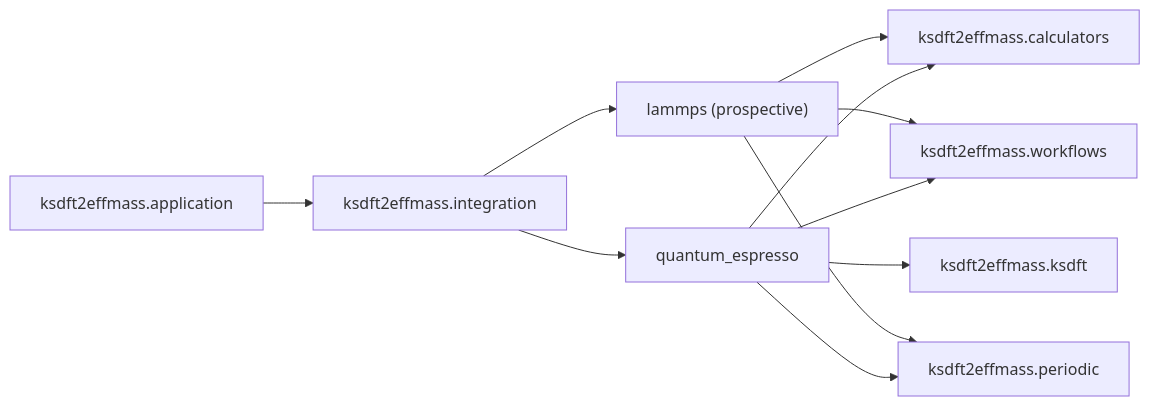
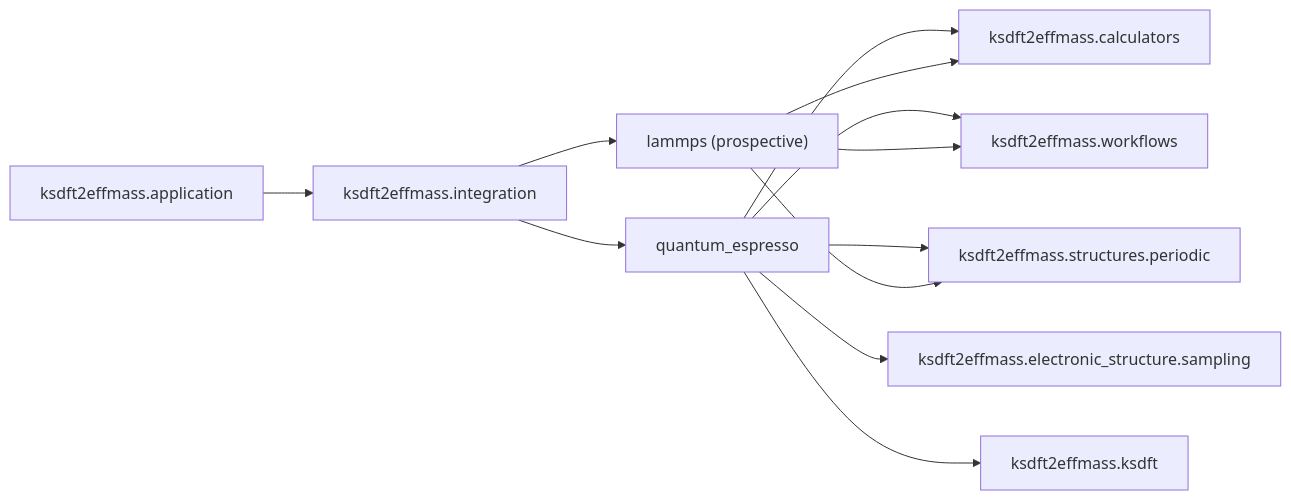
The diagram in docs/architecture/v2/ksdft2effmass/integration/index.md (eragasa/ksdft2effmass), drawn with Mermaid before and after one commit. The commit also changed 73 other files, not shown here.

Commit message:
Complete periodic structures migration

````diff
--- a/docs/architecture/v2/ksdft2effmass/integration/index.md
+++ b/docs/architecture/v2/ksdft2effmass/integration/index.md
@@ -12,13 +12,14 @@
 ```mermaid
 flowchart LR
     app["ksdft2effmass.application"] --> integration["ksdft2effmass.integration"]
     integration --> qe["quantum_espresso"]
     integration --> lammps["lammps (prospective)"]
     qe --> calculators["ksdft2effmass.calculators"]
     qe --> workflows["ksdft2effmass.workflows"]
-    qe --> periodic["ksdft2effmass.periodic"]
+    qe --> structures["ksdft2effmass.structures.periodic"]
+    qe --> sampling["ksdft2effmass.electronic_structure.sampling"]
     qe --> ksdft["ksdft2effmass.ksdft"]
     lammps --> calculators
     lammps --> workflows
-    lammps --> periodic
+    lammps --> structures
 ```
````
